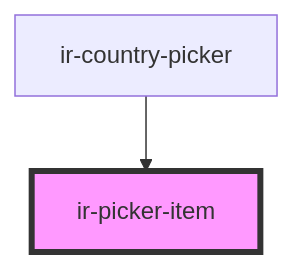
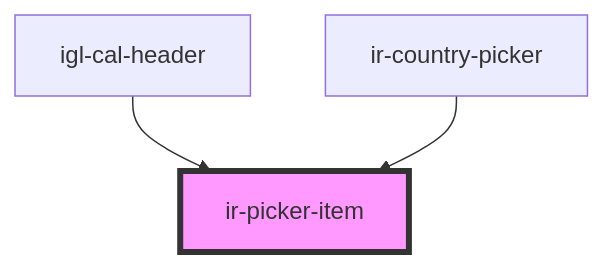
The diagram in src/components/ui/ir-picker/ir-picker-item/readme.md (David1Chowaifaty/modified-ir-webcmp), drawn with Mermaid before and after one commit. The commit also changed other lines of this file and 26 other files, not shown here.

````diff
--- a/src/components/ui/ir-picker/ir-picker-item/readme.md
+++ b/src/components/ui/ir-picker/ir-picker-item/readme.md
@@ -34,5 +35,6 @@
 ```mermaid
 graph TD;
+  igl-cal-header --> ir-picker-item
   ir-country-picker --> ir-picker-item
   style ir-picker-item fill:#f9f,stroke:#333,stroke-width:4px
 ```
````
